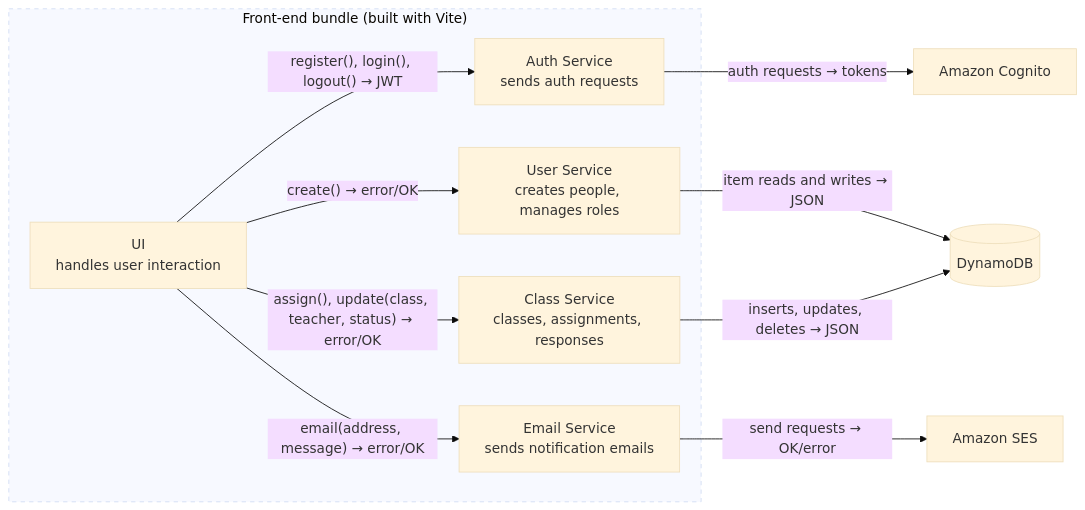
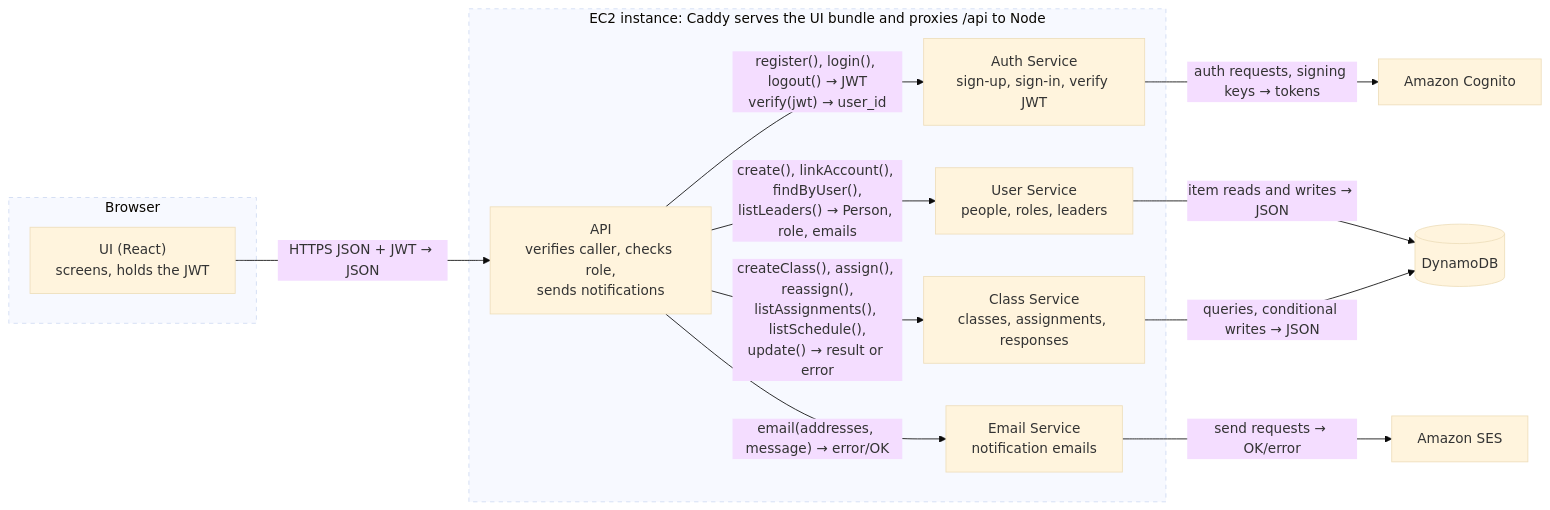
Before and after one commit to Sunday-School-Software/Sunday-School-Scheduler: the second of 4 diagrams in docs/design.md, drawn with Mermaid (base theme). The commit also changed other lines of this file, not shown here.

First line of the commit message:
Move services to a Node backend on EC2 and fix review gaps

````diff
--- a/docs/design.md
+++ b/docs/design.md
@@ -87,24 +98,29 @@
 ```mermaid
 flowchart LR
-    subgraph bundle["Front-end bundle (built with Vite)"]
-        ui["UI<br/>handles user interaction"]
-        auth["Auth Service<br/>sends auth requests"]
-        user["User Service<br/>creates people, manages roles"]
+    subgraph browser["Browser"]
+        ui["UI (React)<br/>screens, holds the JWT"]
+    end
+    subgraph ec2["EC2 instance: Caddy serves the UI bundle and proxies /api to Node"]
+        api["API<br/>verifies caller, checks role,<br/>sends notifications"]
+        auth["Auth Service<br/>sign-up, sign-in, verify JWT"]
+        user["User Service<br/>people, roles, leaders"]
         cls["Class Service<br/>classes, assignments, responses"]
-        email["Email Service<br/>sends notification emails"]
+        email["Email Service<br/>notification emails"]
     end
     cognito["Amazon Cognito"]
     db[("DynamoDB")]
     ses["Amazon SES"]
 
-    ui -->|"register(), login(), logout() → JWT"| auth
-    ui -->|"create() → error/OK"| user
-    ui -->|"assign(), update(class, teacher, status) → error/OK"| cls
-    ui -->|"email(address, message) → error/OK"| email
-    auth -->|"auth requests → tokens"| cognito
+    ui -->|"HTTPS JSON + JWT → JSON"| api
+    api -->|"register(), login(), logout() → JWT<br/>verify(jwt) → user_id"| auth
+    api -->|"create(), linkAccount(), findByUser(),<br/>listLeaders() → Person, role, emails"| user
+    api -->|"createClass(), assign(), reassign(),<br/>listAssignments(), listSchedule(),<br/>update() → result or error"| cls
+    api -->|"email(addresses, message) → error/OK"| email
+    auth -->|"auth requests, signing keys → tokens"| cognito
     user -->|"item reads and writes → JSON"| db
-    cls -->|"inserts, updates, deletes → JSON"| db
+    cls -->|"queries, conditional writes → JSON"| db
     email -->|"send requests → OK/error"| ses
 
-    style bundle stroke-dasharray: 5 5
+    style browser stroke-dasharray: 5 5
+    style ec2 stroke-dasharray: 5 5
 ```
````
